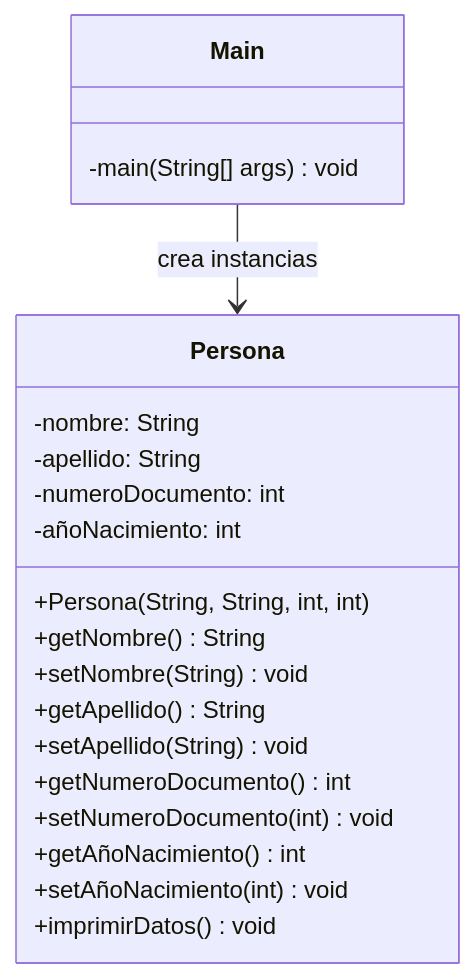
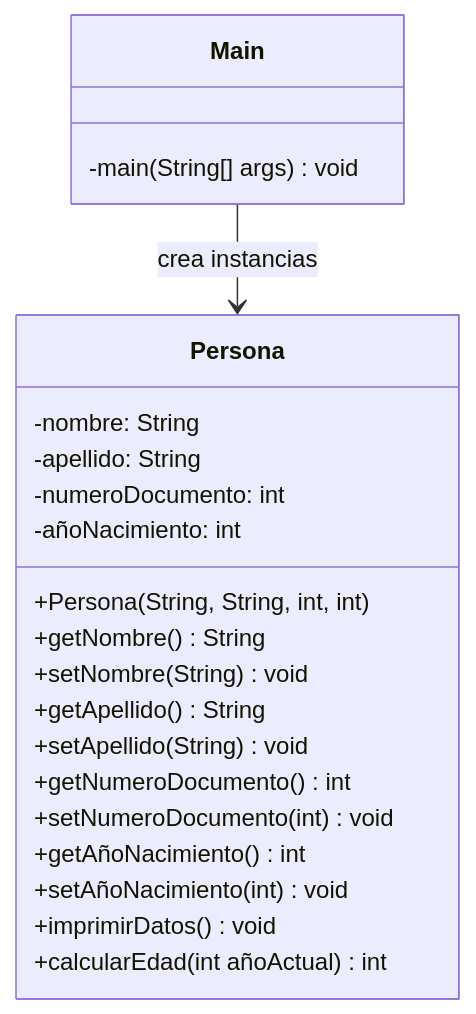
The diagram in README.md (Miguel-alvear19/ejercicio1), drawn with Mermaid before and after one commit. The commit also changed other lines of this file, not shown here.

Commit message:
Se actualiza el diagrama de clases

````diff
--- a/README.md
+++ b/README.md
@@ -5,25 +5,26 @@
 ```mermaid
 classDiagram
     class Main {
         -main(String[] args) void
     }
 
     class Persona {
         -nombre: String
         -apellido: String
         -numeroDocumento: int
         -añoNacimiento: int
         +Persona(String, String, int, int)
         +getNombre() String
         +setNombre(String) void
         +getApellido() String
         +setApellido(String) void
         +getNumeroDocumento() int
         +setNumeroDocumento(int) void
         +getAñoNacimiento() int
         +setAñoNacimiento(int) void
         +imprimirDatos() void
+        +calcularEdad(int añoActual) int
     }
 
     Main --> Persona: crea instancias
 ```
````
